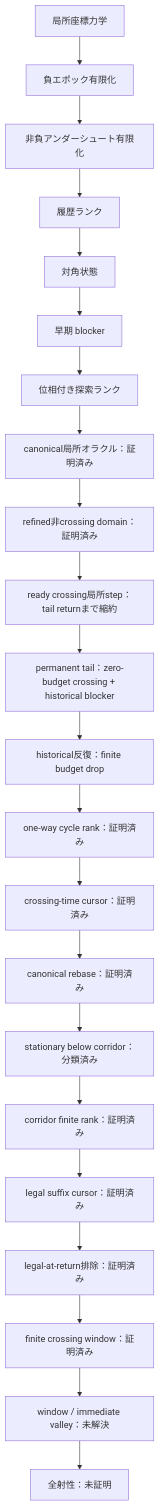
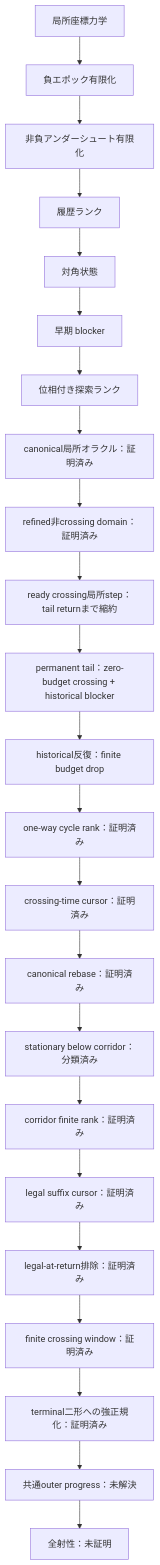
The diagram in README.md (hirokidaichi/recaman-lean-research), drawn with Mermaid before and after one commit. The commit also changed other lines of this file and 9 other files, not shown here.

````diff
--- a/README.md
+++ b/README.md
@@ -126,24 +129,25 @@
 ```mermaid
 flowchart TD
     A["局所座標力学"] --> B["負エポック有限化"]
     B --> C["非負アンダーシュート有限化"]
     C --> D["履歴ランク"]
     D --> E["対角状態"]
     E --> F["早期 blocker"]
     F --> G["位相付き探索ランク"]
     G --> H["canonical局所オラクル：証明済み"]
     H --> I["refined非crossing domain：証明済み"]
     I --> J["ready crossing局所step：tail returnまで縮約"]
     J --> K["permanent tail：zero-budget crossing + historical blocker"]
     K --> L["historical反復：finite budget drop"]
     L --> M["one-way cycle rank：証明済み"]
     M --> N["crossing-time cursor：証明済み"]
     N --> O["canonical rebase：証明済み"]
     O --> P["stationary below corridor：分類済み"]
     P --> Q["corridor finite rank：証明済み"]
     Q --> R["legal suffix cursor：証明済み"]
     R --> S["legal-at-return排除：証明済み"]
     S --> T["finite crossing window：証明済み"]
-    T --> U["window / immediate valley：未解決"]
-    U --> V["全射性：未証明"]
+    T --> U["terminal二形への強正規化：証明済み"]
+    U --> V["共通outer progress：未解決"]
+    V --> W["全射性：未証明"]
 ```
````
